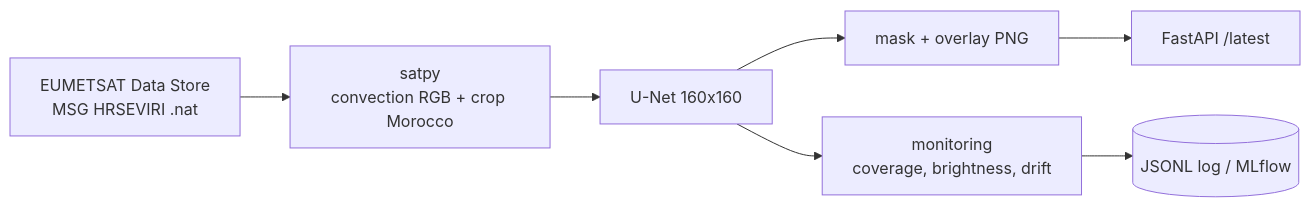
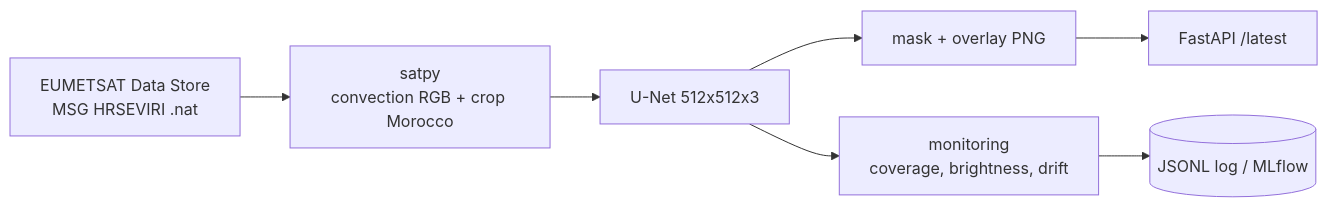
The diagram in README.md (msaadi15/Satellite_Convection_Labeling), drawn with Mermaid before and after one commit. The commit also changed other lines of this file and 5 other files, not shown here.

````diff
--- a/README.md
+++ b/README.md
@@ -54,9 +54,9 @@
 ```mermaid
 flowchart LR
     A[EUMETSAT Data Store<br/>MSG HRSEVIRI .nat] --> B[satpy<br/>convection RGB + crop Morocco]
-    B --> C[U-Net 160x160]
+    B --> C[U-Net 512x512x3]
     C --> D[mask + overlay PNG]
     C --> E[monitoring<br/>coverage, brightness, drift]
     D --> F[FastAPI /latest]
     E --> G[(JSONL log / MLflow)]
 ```
````
